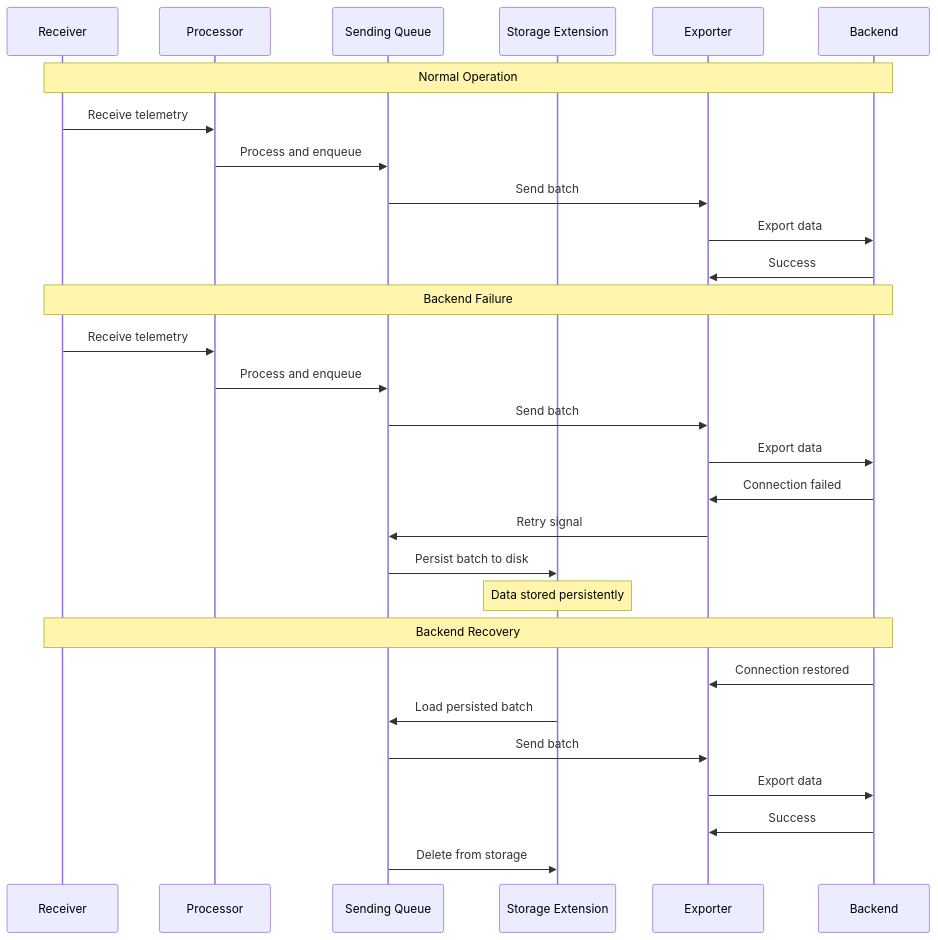
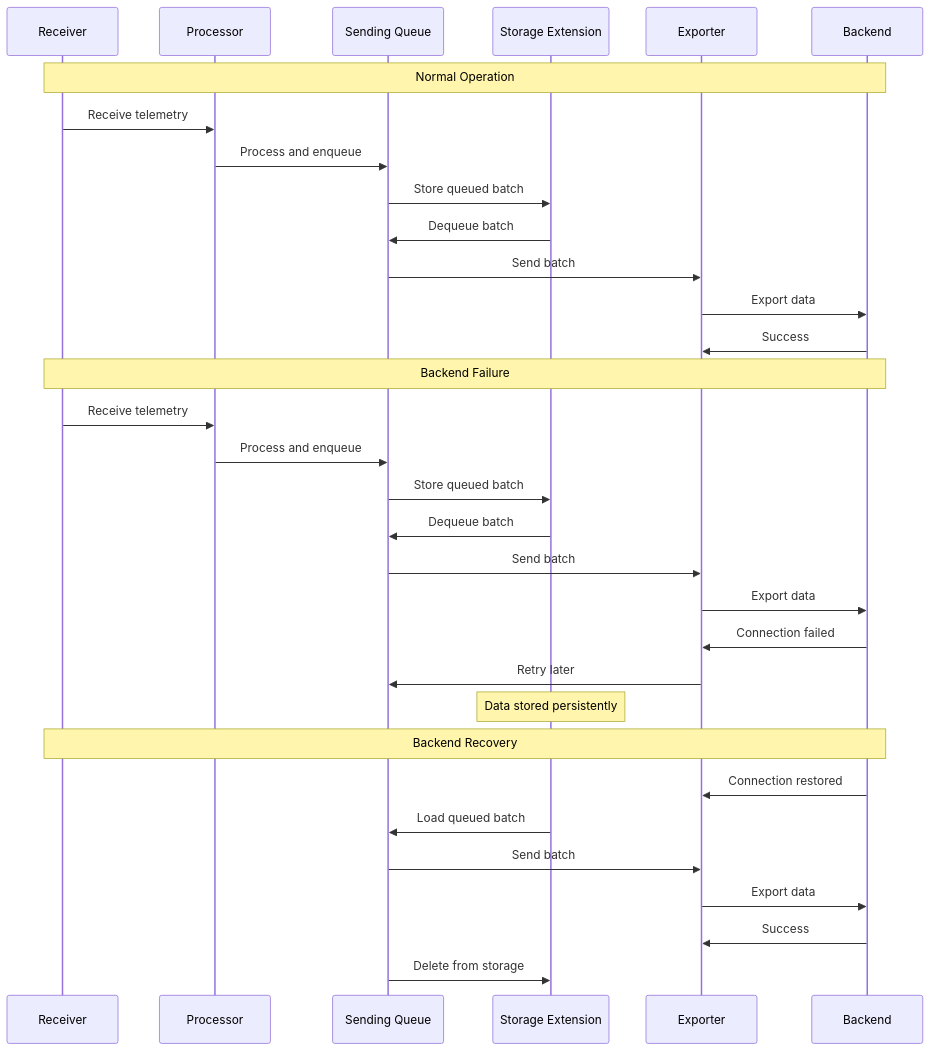
Before and after one commit to OneUptime/blog: the first of 2 diagrams in posts/2026-02-06-storage-extension-opentelemetry-collector/README.md, drawn with Mermaid. The commit also changed other lines of this file and 2 other files, not shown here.

````diff
--- a/posts/2026-02-06-storage-extension-opentelemetry-collector/README.md
+++ b/posts/2026-02-06-storage-extension-opentelemetry-collector/README.md
@@ -254,38 +264,41 @@
 ```mermaid
 sequenceDiagram
     participant R as Receiver
     participant P as Processor
     participant Q as Sending Queue
     participant S as Storage Extension
     participant E as Exporter
     participant B as Backend
 
     Note over R,B: Normal Operation
 
     R->>P: Receive telemetry
     P->>Q: Process and enqueue
+    Q->>S: Store queued batch
+    S->>Q: Dequeue batch
     Q->>E: Send batch
     E->>B: Export data
     B->>E: Success
 
     Note over R,B: Backend Failure
 
     R->>P: Receive telemetry
     P->>Q: Process and enqueue
+    Q->>S: Store queued batch
+    S->>Q: Dequeue batch
     Q->>E: Send batch
     E->>B: Export data
     B->>E: Connection failed
-    E->>Q: Retry signal
-    Q->>S: Persist batch to disk
+    E->>Q: Retry later
 
     Note over S: Data stored persistently
 
     Note over R,B: Backend Recovery
 
     B->>E: Connection restored
-    S->>Q: Load persisted batch
+    S->>Q: Load queued batch
     Q->>E: Send batch
     E->>B: Export data
     B->>E: Success
     Q->>S: Delete from storage
 ```
````
